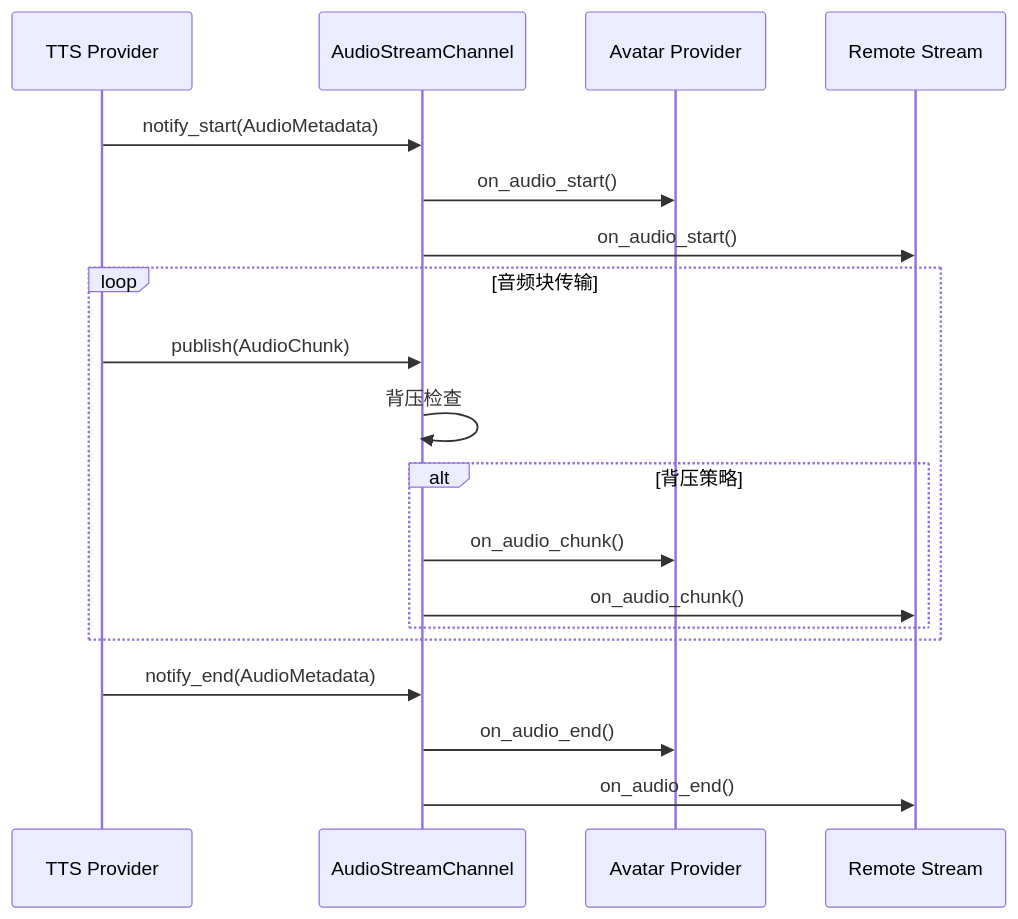
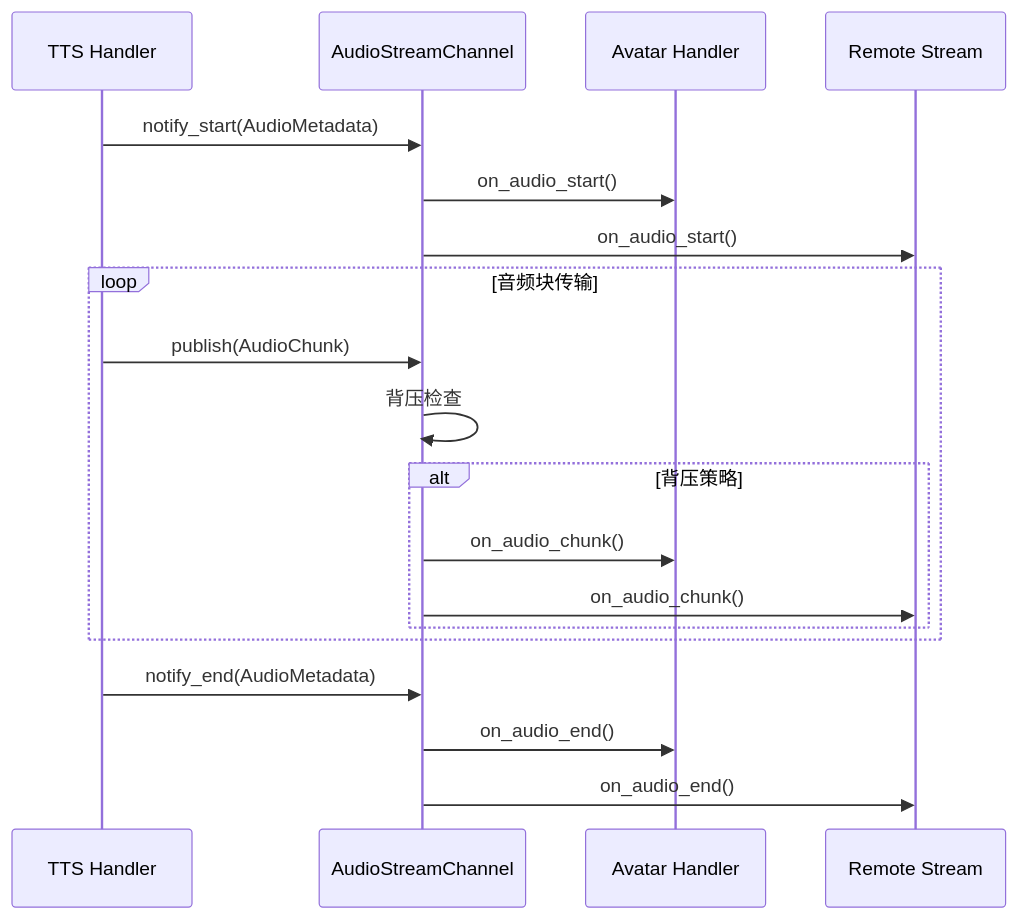
The fourth of 5 diagrams in docs/architecture/data-flow.md (Mai-with-u/Amaidesu), drawn with Mermaid before and after one commit. The commit also changed other lines of this file and 169 other files, not shown here.

First line of the commit message:
重构: 移除 Provider 抽象层，改名为 Collector/Decider/Handler

````diff
--- a/docs/architecture/data-flow.md
+++ b/docs/architecture/data-flow.md
@@ -528,24 +528,24 @@
 ```mermaid
 sequenceDiagram
-    participant TTS as TTS Provider
+    participant TTS as TTS Handler
     participant ASC as AudioStreamChannel
-    participant Avatar as Avatar Provider
+    participant Avatar as Avatar Handler
     participant Remote as Remote Stream
 
     TTS->>ASC: notify_start(AudioMetadata)
     ASC->>Avatar: on_audio_start()
     ASC->>Remote: on_audio_start()
 
     loop 音频块传输
         TTS->>ASC: publish(AudioChunk)
         ASC->>ASC: 背压检查
         alt 背压策略
             ASC->>Avatar: on_audio_chunk()
             ASC->>Remote: on_audio_chunk()
         end
     end
 
     TTS->>ASC: notify_end(AudioMetadata)
     ASC->>Avatar: on_audio_end()
     ASC->>Remote: on_audio_end()
 ```
````
